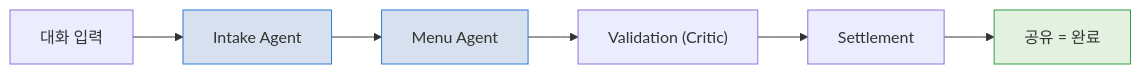
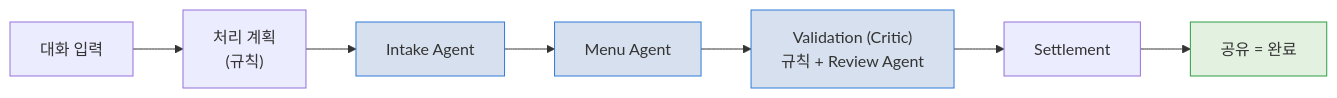
One commit to 931njhthe-star/moa changed the fourth of 8 diagrams in docs/기획서.md. Above: the diagram before and after it, drawn with Mermaid. The commit also changed other lines of this file and 1 other file, not shown here.

````diff
--- a/docs/기획서.md
+++ b/docs/기획서.md
@@ -167,7 +200,8 @@
 ```mermaid
 flowchart LR
-    A[대화 입력] --> B[Intake Agent] --> C[Menu Agent] --> D["Validation (Critic)"] --> E[Settlement] --> F["공유 = 완료"]
+    A[대화 입력] --> P["처리 계획<br/>(규칙)"] --> B[Intake Agent] --> C[Menu Agent] --> D["Validation (Critic)<br/>규칙 + Review Agent"] --> E[Settlement] --> F["공유 = 완료"]
     style B fill:#D6E0EE,stroke:#2F7AD8
     style C fill:#D6E0EE,stroke:#2F7AD8
+    style D fill:#D6E0EE,stroke:#2F7AD8
     style F fill:#E3F1E1,stroke:#2E9E44
 ```
````
